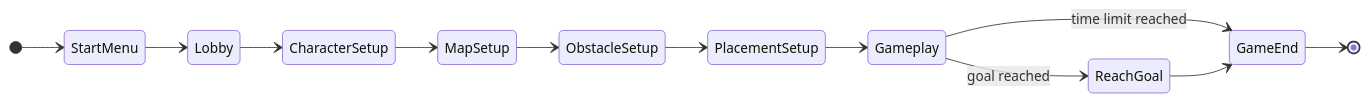
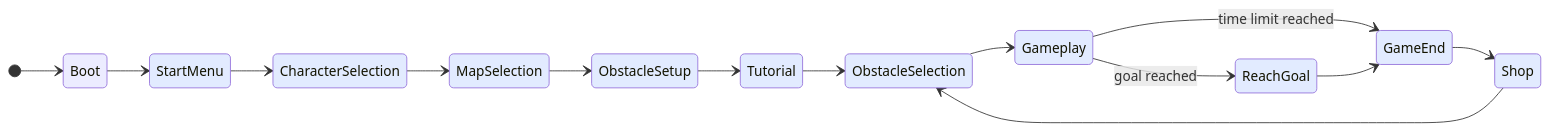
One commit to UoB-COMSM0166/2026-group-20 changed the fourth of 4 diagrams in README.md. Above: the diagram before and after it, drawn with Mermaid. The commit also changed other lines of this file, not shown here.

Commit message:
add class diagram

````diff
--- a/README.md
+++ b/README.md
@@ -542,21 +557,36 @@
 ```mermaid
 ---
 config:
   layout: dagre
   theme: default
 ---
 stateDiagram
   direction LR
-  [*] --> StartMenu
-  StartMenu --> Lobby
-  Lobby --> CharacterSetup
-  CharacterSetup --> MapSetup
-  MapSetup --> ObstacleSetup
-  ObstacleSetup --> PlacementSetup
-  PlacementSetup --> Gameplay
-  Gameplay --> ReachGoal:goal reached
-  Gameplay --> GameEnd:time limit reached
+
+  [*] --> Boot
+  Boot --> StartMenu
+  StartMenu --> CharacterSelection
+  CharacterSelection --> MapSelection
+  MapSelection --> ObstacleSetup
+  ObstacleSetup --> Tutorial
+  Tutorial --> ObstacleSelection
+
+  ObstacleSelection --> Gameplay
+  Gameplay --> ReachGoal: goal reached
+  Gameplay --> GameEnd: time limit reached
   ReachGoal --> GameEnd
-  GameEnd --> [*]
-  style StartMenu,Lobby,CharacterSetup,MapSetup,ObstacleSetup,PlacementSetup,Gameplay,ReachGoal,GameEnd
+
+  GameEnd --> Shop
+  Shop --> ObstacleSelection
+
+  style StartMenu fill:#E2EBFF
+  style CharacterSelection fill:#E2EBFF
+  style MapSelection fill:#E2EBFF
+  style ObstacleSetup fill:#E2EBFF
+  style Tutorial fill:#E2EBFF
+  style ObstacleSelection fill:#E2EBFF
+  style Gameplay fill:#E2EBFF
+  style ReachGoal fill:#E2EBFF
+  style GameEnd fill:#E2EBFF
+  style Shop fill:#E2EBFF
 ```
````
